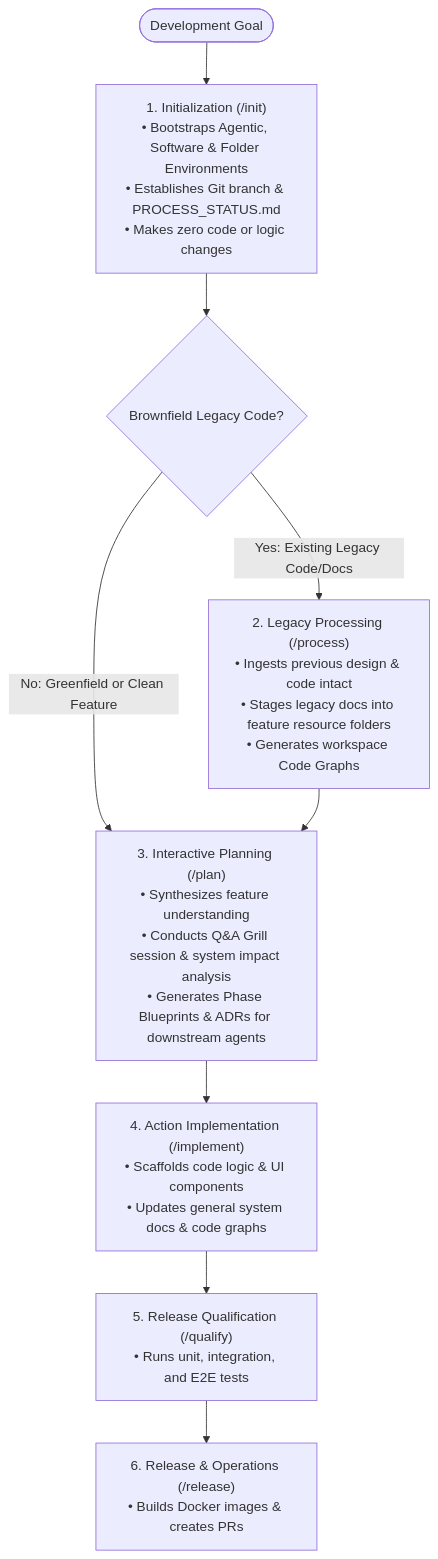
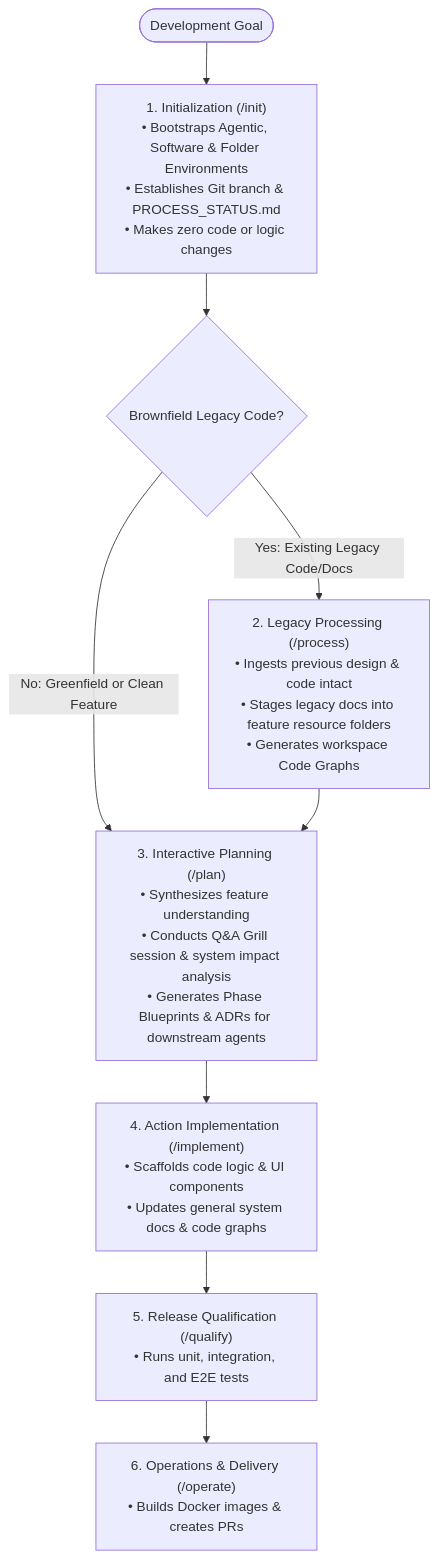
The first of 2 diagrams in actions/user_guide.md (hrvthgergo/agent-driven-templates), drawn with Mermaid before and after one commit. The commit also changed other lines of this file and 22 other files, not shown here.

First line of the commit message:
refactor(operate): rename /release action to /operate

````diff
--- a/actions/user_guide.md
+++ b/actions/user_guide.md
@@ -11,17 +11,17 @@
 ```mermaid
 graph TD
     Start([Development Goal]) --> Init["1. Initialization (/init)<br/>• Bootstraps Agentic, Software & Folder Environments<br/>• Establishes Git branch & PROCESS_STATUS.md<br/>• Makes zero code or logic changes"]
     
     Init --> CheckType{Brownfield Legacy Code?}
     
     CheckType -->|Yes: Existing Legacy Code/Docs| Process["2. Legacy Processing (/process)<br/>• Ingests previous design & code intact<br/>• Stages legacy docs into feature resource folders<br/>• Generates workspace Code Graphs"]
     CheckType -->|No: Greenfield or Clean Feature| Plan["3. Interactive Planning (/plan)<br/>• Synthesizes feature understanding<br/>• Conducts Q&A Grill session & system impact analysis<br/>• Generates Phase Blueprints & ADRs for downstream agents"]
     
     Process --> Plan
     
     Plan --> Implement["4. Action Implementation (/implement)<br/>• Scaffolds code logic & UI components<br/>• Updates general system docs & code graphs"]
     
     Implement --> Qualify["5. Release Qualification (/qualify)<br/>• Runs unit, integration, and E2E tests"]
     
-    Qualify --> Release["6. Release & Operations (/release)<br/>• Builds Docker images & creates PRs"]
+    Qualify --> Release["6. Operations & Delivery (/operate)<br/>• Builds Docker images & creates PRs"]
 ```
````
